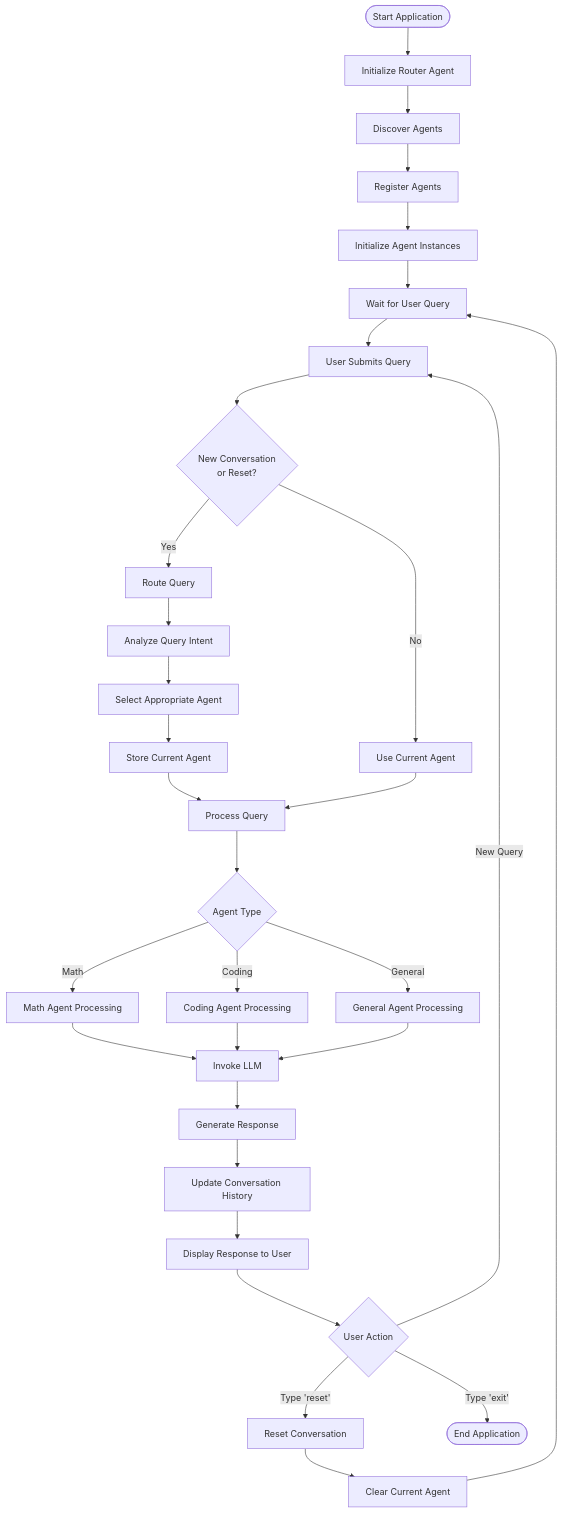
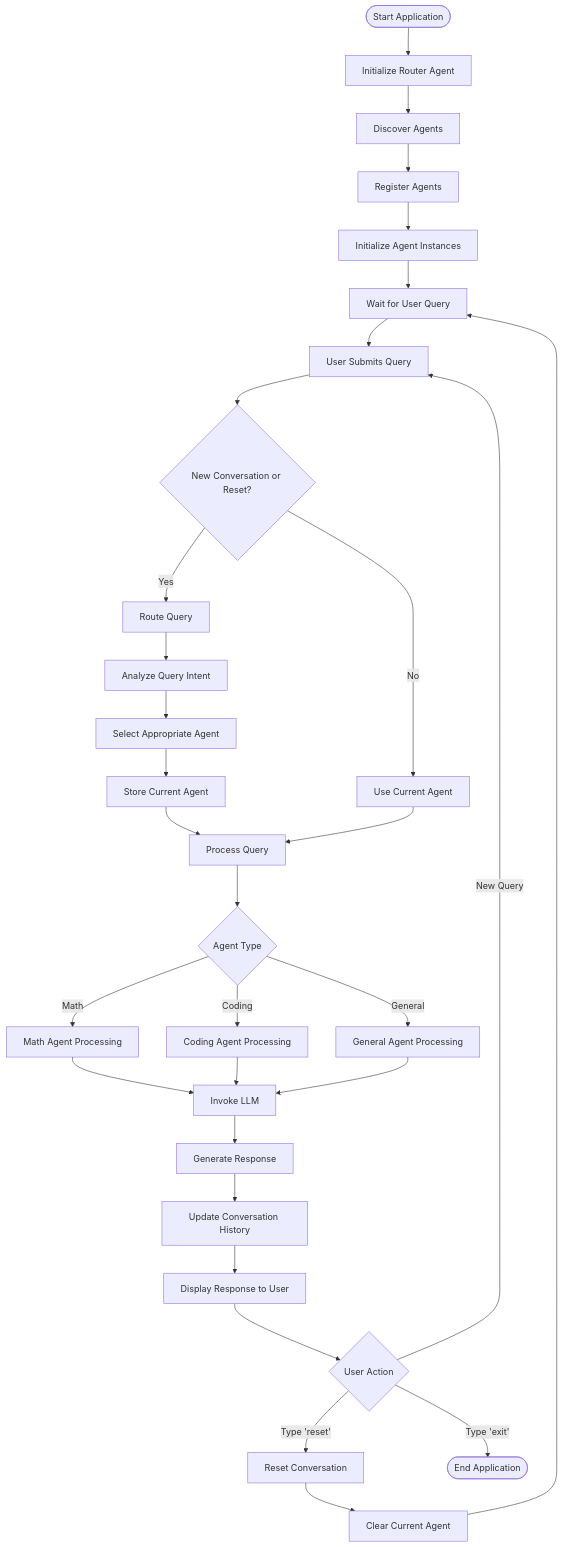
One commit to AnuragVikramSingh/multi-agent-registry-kit changed the second of 2 diagrams in README.md. Above: the diagram before and after it, drawn with Mermaid.

Commit message:
Updated Mermaid diagram

````diff
--- a/README.md
+++ b/README.md
@@ -167,54 +167,54 @@
 ```mermaid
 flowchart TD
     %% Main flow
     Start([Start Application]) --> InitRouter[Initialize Router Agent]
     InitRouter --> DiscoverAgents[Discover Agents]
     DiscoverAgents --> RegisterAgents[Register Agents]
     RegisterAgents --> InitAgentInstances[Initialize Agent Instances]
     InitAgentInstances --> WaitQuery[Wait for User Query]
     
     %% User query flow
     WaitQuery --> UserQuery[User Submits Query]
-    UserQuery --> IsNewConv{New Conversation\nor Reset?}
+    UserQuery --> IsNewConv{New Conversation or Reset?}
     
     %% Routing decision
     IsNewConv -->|Yes| RouteQuery[Route Query]
     RouteQuery --> AnalyzeIntent[Analyze Query Intent]
     AnalyzeIntent --> SelectAgent[Select Appropriate Agent]
     SelectAgent --> StoreAgent[Store Current Agent]
     
     IsNewConv -->|No| UseCurrentAgent[Use Current Agent]
     StoreAgent --> ProcessQuery[Process Query]
     UseCurrentAgent --> ProcessQuery
     
     %% Query processing by agent type
     ProcessQuery --> AgentType{Agent Type}
     AgentType -->|Math| MathProcess[Math Agent Processing]
     AgentType -->|Coding| CodeProcess[Coding Agent Processing]
     AgentType -->|General| GenProcess[General Agent Processing]
     
     %% Agent processing
     MathProcess --> InvokeLLM[Invoke LLM]
     CodeProcess --> InvokeLLM
     GenProcess --> InvokeLLM
     
     %% Response handling
     InvokeLLM --> GenerateResponse[Generate Response]
     GenerateResponse --> UpdateHistory[Update Conversation History]
     UpdateHistory --> DisplayResponse[Display Response to User]
     
     %% Continue or reset
     DisplayResponse --> UserAction{User Action}
     UserAction -->|New Query| UserQuery
     UserAction -->|"Type 'reset'"| ResetConv[Reset Conversation]
     UserAction -->|"Type 'exit'"| EndApp([End Application])
     
     ResetConv --> ClearAgent[Clear Current Agent]
     ClearAgent --> WaitQuery
     
     class Start,EndApp start
     class IsNewConv,AgentType,UserAction decision
     class MathProcess,CodeProcess,GenProcess agent
     class InvokeLLM,GenerateResponse llm
     class InitRouter,DiscoverAgents,RegisterAgents,InitAgentInstances,WaitQuery,UserQuery,RouteQuery,AnalyzeIntent,SelectAgent,StoreAgent,UseCurrentAgent,ProcessQuery,UpdateHistory,DisplayResponse,ResetConv,ClearAgent process
 ```
````
